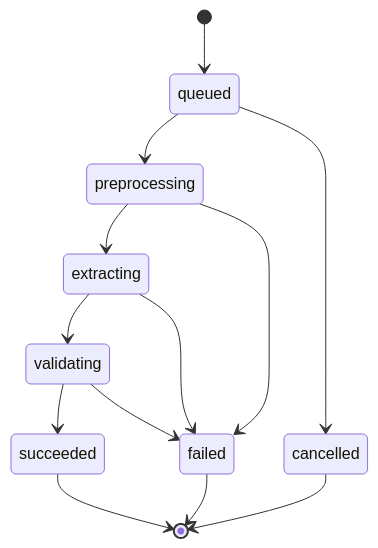
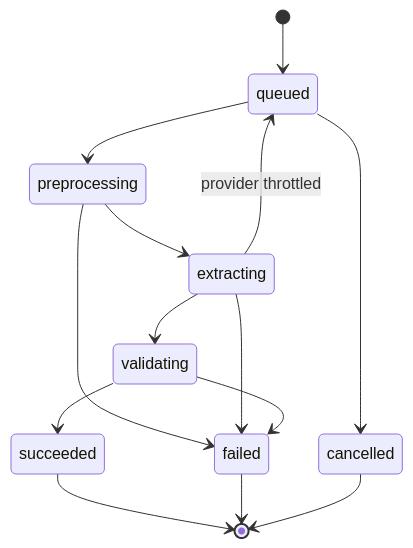
Before and after one commit to SriCharanGundla/CAssist: the second of 4 diagrams in ARCHITECTURE.md, drawn with Mermaid. The commit also changed other lines of this file and 14 other files, not shown here.

````diff
--- a/ARCHITECTURE.md
+++ b/ARCHITECTURE.md
@@ -840,15 +848,16 @@
 ```mermaid
 stateDiagram-v2
     [*] --> queued
     queued --> preprocessing
     preprocessing --> extracting
+    extracting --> queued: provider throttled
     extracting --> validating
     validating --> succeeded
     queued --> cancelled
     preprocessing --> failed
     extracting --> failed
     validating --> failed
     succeeded --> [*]
     failed --> [*]
     cancelled --> [*]
 ```
````
